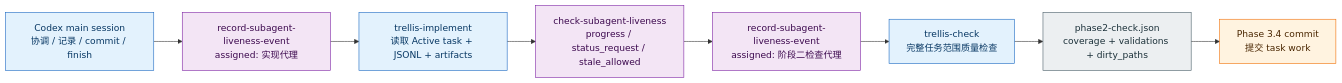
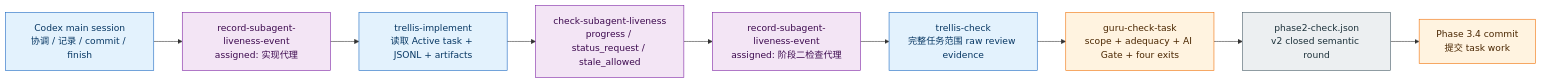
The fourth of 6 diagrams in docs/requirements/guru-team-trellis-flow.md (castbox/guru-trellis), drawn with Mermaid before and after one commit. The commit also changed other lines of this file and 91 other files, not shown here.

````diff
--- a/docs/requirements/guru-team-trellis-flow.md
+++ b/docs/requirements/guru-team-trellis-flow.md
@@ -448,18 +453,19 @@
 ```mermaid
 flowchart LR
   Main["Codex main session<br/>协调 / 记录 / commit / finish"]:::codex
   Assign1["record-subagent-liveness-event<br/>assigned: 实现代理"]:::script
   Impl["trellis-implement<br/>读取 Active task + JSONL + artifacts"]:::codex
   Status["check-subagent-liveness<br/>progress / status_request / stale_allowed"]:::script
   Assign2["record-subagent-liveness-event<br/>assigned: 阶段二检查代理"]:::script
-  Check["trellis-check<br/>完整任务范围质量检查"]:::codex
-  Phase2["phase2-check.json<br/>coverage + validations + dirty_paths"]:::artifact
+  Check["trellis-check<br/>完整任务范围 raw review evidence"]:::codex
+  GuruCheck["guru-check-task<br/>scope + adequacy + AI Gate + four exits"]:::guru
+  Phase2["phase2-check.json<br/>v2 closed semantic round"]:::artifact
   Commit["Phase 3.4 commit<br/>提交 task work"]:::guru
 
-  Main --> Assign1 --> Impl --> Status --> Assign2 --> Check --> Phase2 --> Commit
+  Main --> Assign1 --> Impl --> Status --> Assign2 --> Check --> GuruCheck --> Phase2 --> Commit
 
   classDef guru fill:#FFF3E0,stroke:#EF6C00,color:#4A2600;
   classDef codex fill:#E3F2FD,stroke:#1565C0,color:#073763;
   classDef script fill:#F3E5F5,stroke:#7B1FA2,color:#3D0A4F;
   classDef artifact fill:#ECEFF1,stroke:#455A64,color:#1C313A;
 ```
````
